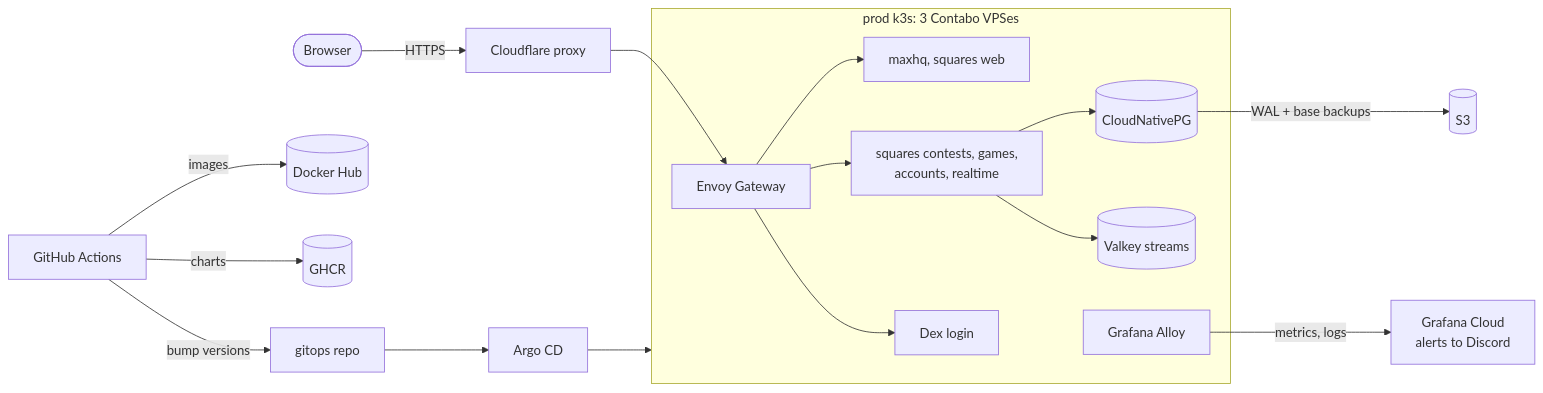
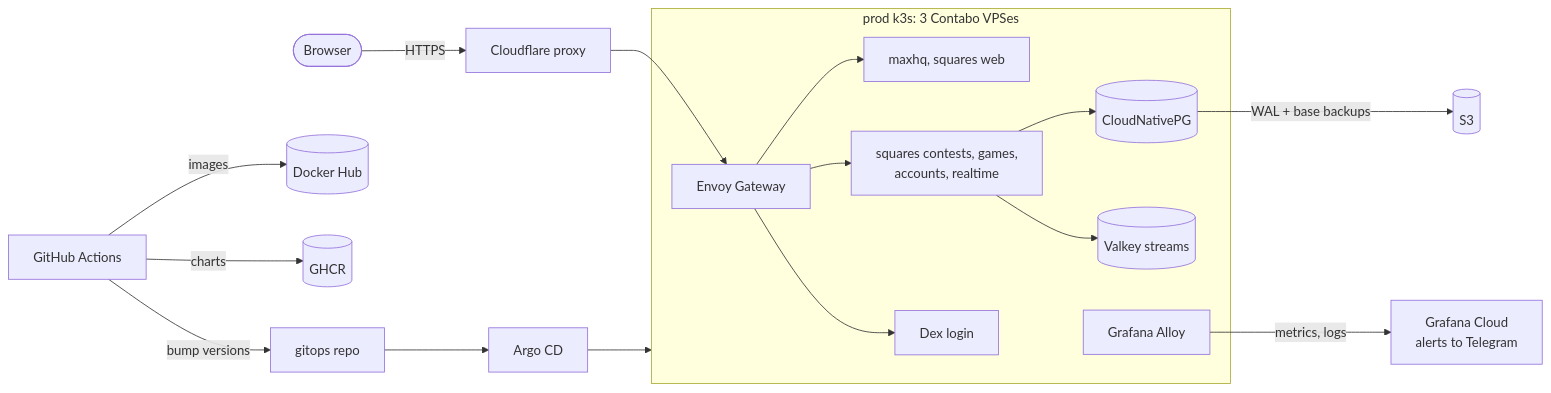
One commit to maxmorhardt/maxhq changed the diagram in README.md. Above: the diagram before and after it, drawn with Mermaid. The commit also changed 6 other files, not shown here.

Commit message:
feat: send cloudflare-cidr and network watchdog alerts to Telegram (#151)

````diff
--- a/README.md
+++ b/README.md
@@ -23,22 +23,22 @@
 ```mermaid
 flowchart LR
   user([Browser]) -->|HTTPS| cf[Cloudflare proxy]
   cf --> gw
 
   subgraph prod[prod k3s: 3 Contabo VPSes]
     gw[Envoy Gateway] --> web[maxhq, squares web]
     gw --> api[squares contests, games,<br/>accounts, realtime]
     gw --> dex[Dex login]
     api --> pg[(CloudNativePG)]
     api --> vk[(Valkey streams)]
     alloy[Grafana Alloy]
   end
 
   pg -->|WAL + base backups| s3[(S3)]
-  alloy -->|metrics, logs| grafana[Grafana Cloud<br/>alerts to Discord]
+  alloy -->|metrics, logs| grafana[Grafana Cloud<br/>alerts to Telegram]
 
   gh[GitHub Actions] -->|images| hub[(Docker Hub)]
   gh -->|charts| ghcr[(GHCR)]
   gh -->|bump versions| gitops[gitops repo]
   gitops --> argo[Argo CD] --> prod
 ```
````
